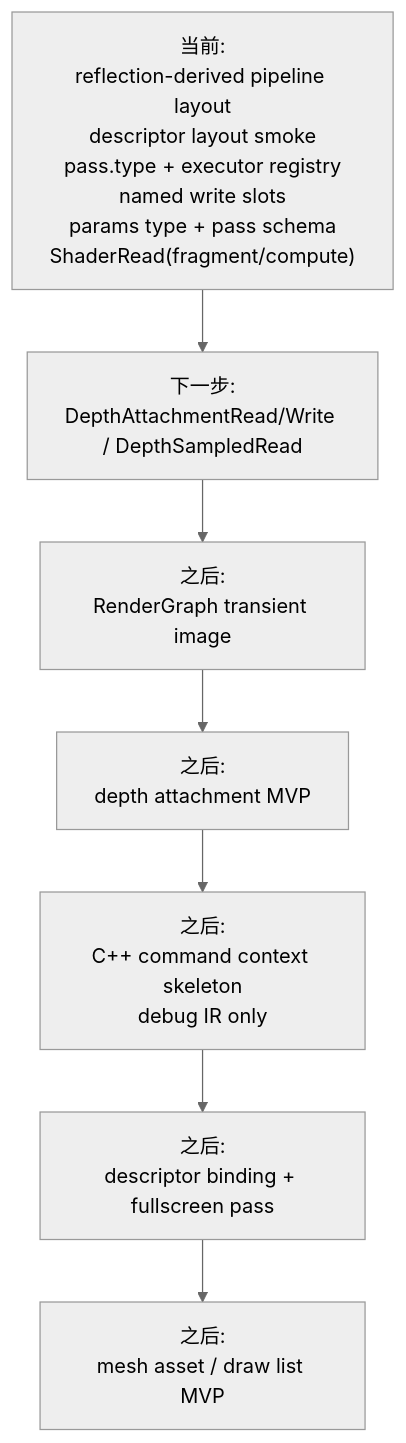
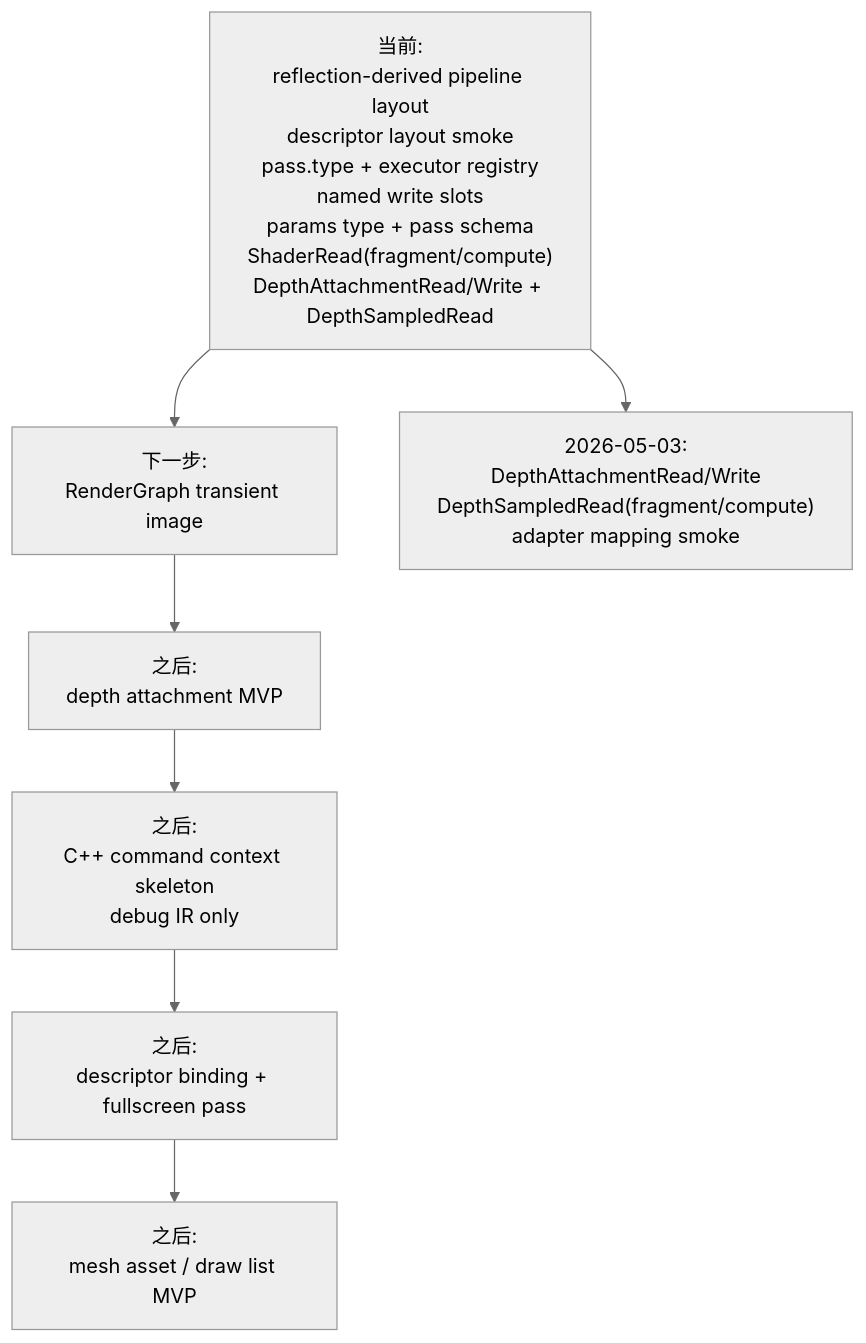
Diagram 11 of 11 in docs/flow-architecture.md (66six11/Engine), drawn with Mermaid (neutral theme) before and after one commit. The commit also changed 4 other files, not shown here.

Commit message:
feat: add render graph depth access states

````diff
--- a/docs/flow-architecture.md
+++ b/docs/flow-architecture.md
@@ -349,12 +349,14 @@
 ```mermaid
 flowchart TD
-    Now["当前:<br/>reflection-derived pipeline layout<br/>descriptor layout smoke<br/>pass.type + executor registry<br/>named write slots<br/>params type + pass schema<br/>ShaderRead(fragment/compute)"]
-    Step1["下一步:<br/>DepthAttachmentRead/Write / DepthSampledRead"]
-    Step2["之后:<br/>RenderGraph transient image"]
-    Step3["之后:<br/>depth attachment MVP"]
-    Step4["之后:<br/>C++ command context skeleton<br/>debug IR only"]
-    Step5["之后:<br/>descriptor binding + fullscreen pass"]
-    Step6["之后:<br/>mesh asset / draw list MVP"]
+    Now["当前:<br/>reflection-derived pipeline layout<br/>descriptor layout smoke<br/>pass.type + executor registry<br/>named write slots<br/>params type + pass schema<br/>ShaderRead(fragment/compute)<br/>DepthAttachmentRead/Write + DepthSampledRead"]
+    Step1["下一步:<br/>RenderGraph transient image"]
+    Step2["之后:<br/>depth attachment MVP"]
+    Step3["之后:<br/>C++ command context skeleton<br/>debug IR only"]
+    Step4["之后:<br/>descriptor binding + fullscreen pass"]
+    Step5["之后:<br/>mesh asset / draw list MVP"]
 
-    Now --> Step1 --> Step2 --> Step3 --> Step4 --> Step5 --> Step6
+    Now --> Step1 --> Step2 --> Step3 --> Step4 --> Step5
+
+    DepthStateUpdate["2026-05-03:<br/>DepthAttachmentRead/Write<br/>DepthSampledRead(fragment/compute)<br/>adapter mapping smoke"]
+    Now --> DepthStateUpdate
 ```
````
